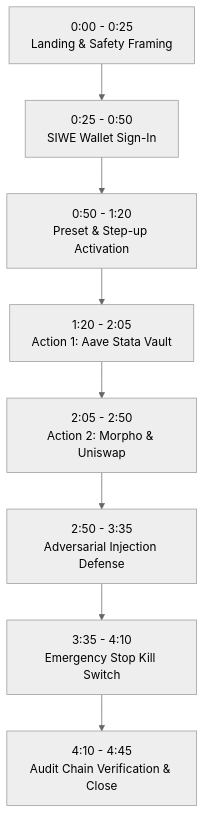
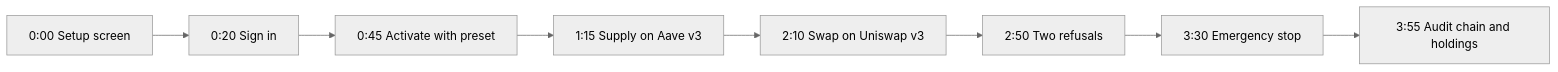
One commit to thaicuong576/agent-wallet changed the diagram in docs/submission/03-demo-video-script.md. Above: the diagram before and after it, drawn with Mermaid (neutral theme). The commit also changed other lines of this file and 46 other files, not shown here.

````diff
--- a/docs/submission/03-demo-video-script.md
+++ b/docs/submission/03-demo-video-script.md
@@ -48,10 +38,10 @@
 ```mermaid
-flowchart TD
-  S1["0:00 - 0:25<br>Landing & Safety Framing"] --> S2["0:25 - 0:50<br>SIWE Wallet Sign-In"]
-  S2 --> S3["0:50 - 1:20<br>Preset & Step-up Activation"]
-  S3 --> S4["1:20 - 2:05<br>Action 1: Aave Stata Vault"]
-  S4 --> S5["2:05 - 2:50<br>Action 2: Morpho & Uniswap"]
-  S5 --> S6["2:50 - 3:35<br>Adversarial Injection Defense"]
-  S6 --> S7["3:35 - 4:10<br>Emergency Stop Kill Switch"]
-  S7 --> S8["4:10 - 4:45<br>Audit Chain Verification & Close"]
+flowchart LR
+  S1["0:00 Setup screen"] --> S2["0:20 Sign in"]
+  S2 --> S3["0:45 Activate with preset"]
+  S3 --> S4["1:15 Supply on Aave v3"]
+  S4 --> S5["2:10 Swap on Uniswap v3"]
+  S5 --> S6["2:50 Two refusals"]
+  S6 --> S7["3:30 Emergency stop"]
+  S7 --> S8["3:55 Audit chain and holdings"]
 ```
````
